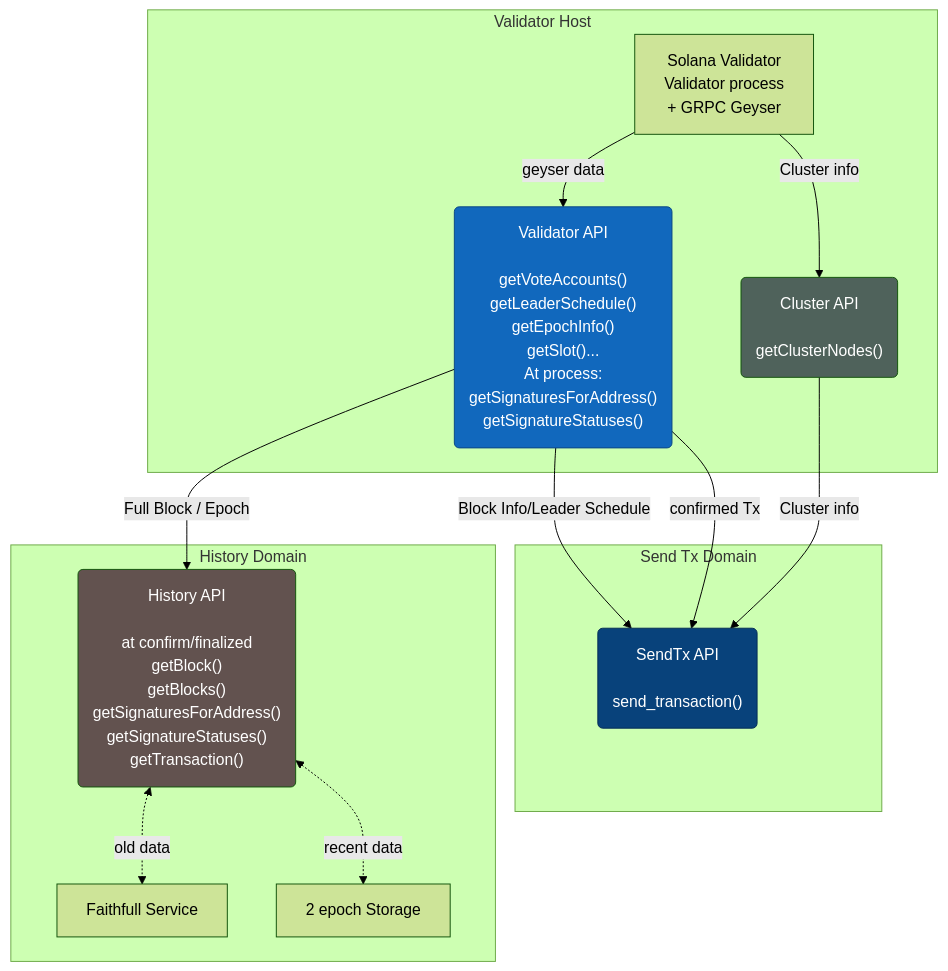
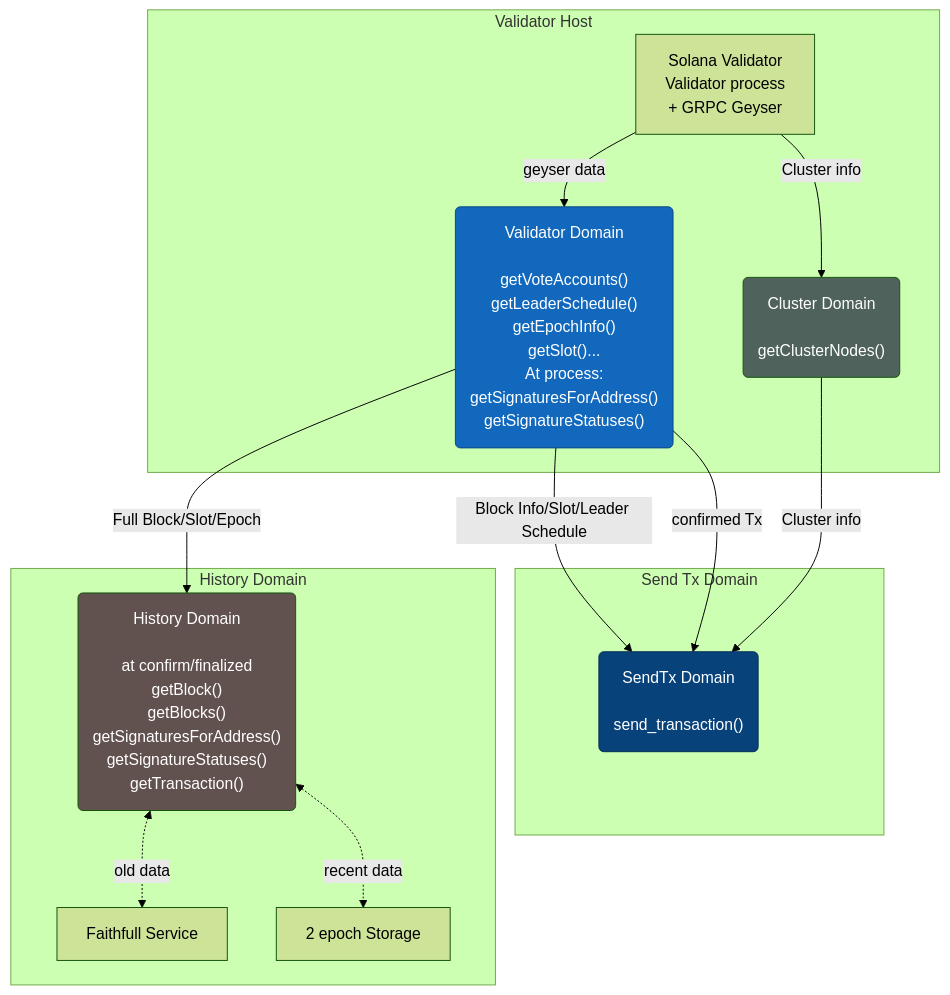
Before and after one commit to zacharywing303-art/transaction: the first of 4 diagrams in docs/architecture.md, drawn with Mermaid (forest theme). The commit also changed other lines of this file and 1 other file, not shown here.

Commit message:
change consensus domain name to validator and simplify schema

````diff
--- a/docs/architecture.md
+++ b/docs/architecture.md
@@ -49,63 +49,63 @@
 ```mermaid
 flowchart TD
     subgraph Send Tx Domain
-        SendTx("SendTx API
+        SendTx("SendTx Domain
 
               send_transaction()")
     end
 
     subgraph History Domain
-        History("History API
+        History("History Domain
 
         at confirm/finalized
             getBlock()
             getBlocks()
             getSignaturesForAddress()
             getSignatureStatuses()
             getTransaction()")
         Faithfull["Faithfull Service"]
         Storage["2 epoch Storage"]
     end
 
     subgraph Validator Host
         Validator["Solana Validator
             Validator process
             + GRPC Geyser"]
         
-        Consensus("Validator API
+        Consensus("Validator Domain
 
             getVoteAccounts()
             getLeaderSchedule()
             getEpochInfo()
             getSlot()...
         At process:
             getSignaturesForAddress()
             getSignatureStatuses()
 
               ")
-        Cluster("Cluster API
+        Cluster("Cluster Domain
             
            getClusterNodes()")
     end
     
 
     Validator-- "geyser data" -->Consensus
     Validator-- "Cluster info" -->Cluster
-    Consensus-- "Block Info/Leader Schedule" -->SendTx
+    Consensus-- "Block Info/Slot/Leader Schedule" -->SendTx
     Consensus-- "confirmed Tx" -->SendTx
     Cluster-- "Cluster info" -->SendTx
-    Consensus-- "Full Block / Epoch" -->History
+    Consensus-- "Full Block/Slot/Epoch" -->History
     History<-. "old data" .-> Faithfull
     History<-. "recent data" .-> Storage
 
     classDef consensus fill:#1168bd,stroke:#0b4884,color:#ffffff
     classDef history fill:#666,stroke:#0b4884,color:#ffffff
     classDef sendtx fill:#08427b,stroke:#052e56,color:#ffffff
     classDef redgray fill:#62524F, color:#fff
     classDef greengray fill:#4F625B, color:#fff
 
     class SendTx sendtx
     class History redgray
     class Consensus consensus
     class Cluster greengray
 ```
````
